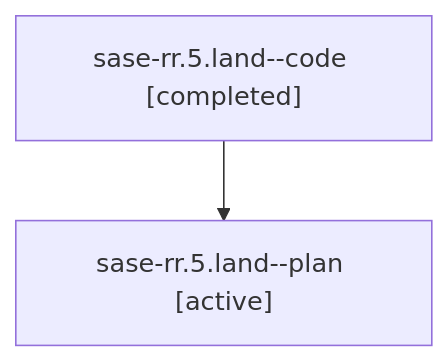
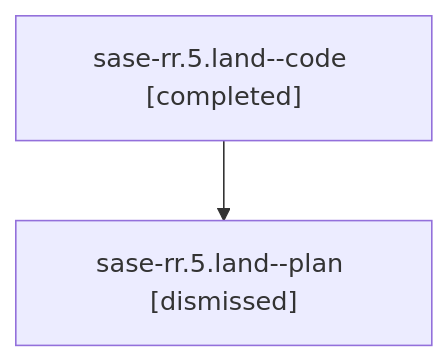
One commit to sase-org/sase--agents changed the diagram in sessions/bbugyi200.athena.sase-rr.5.land.md. Above: the diagram before and after it, drawn with Mermaid. The commit also changed other lines of this file and 172 other files, not shown here.

````diff
--- a/sessions/bbugyi200.athena.sase-rr.5.land.md
+++ b/sessions/bbugyi200.athena.sase-rr.5.land.md
@@ -9,6 +9,6 @@
 ```mermaid
 flowchart TD
   n0["sase-rr.5.land--code [completed]"]
-  n1["sase-rr.5.land--plan [active]"]
+  n1["sase-rr.5.land--plan [dismissed]"]
   n0 --> n1
 ```
````
